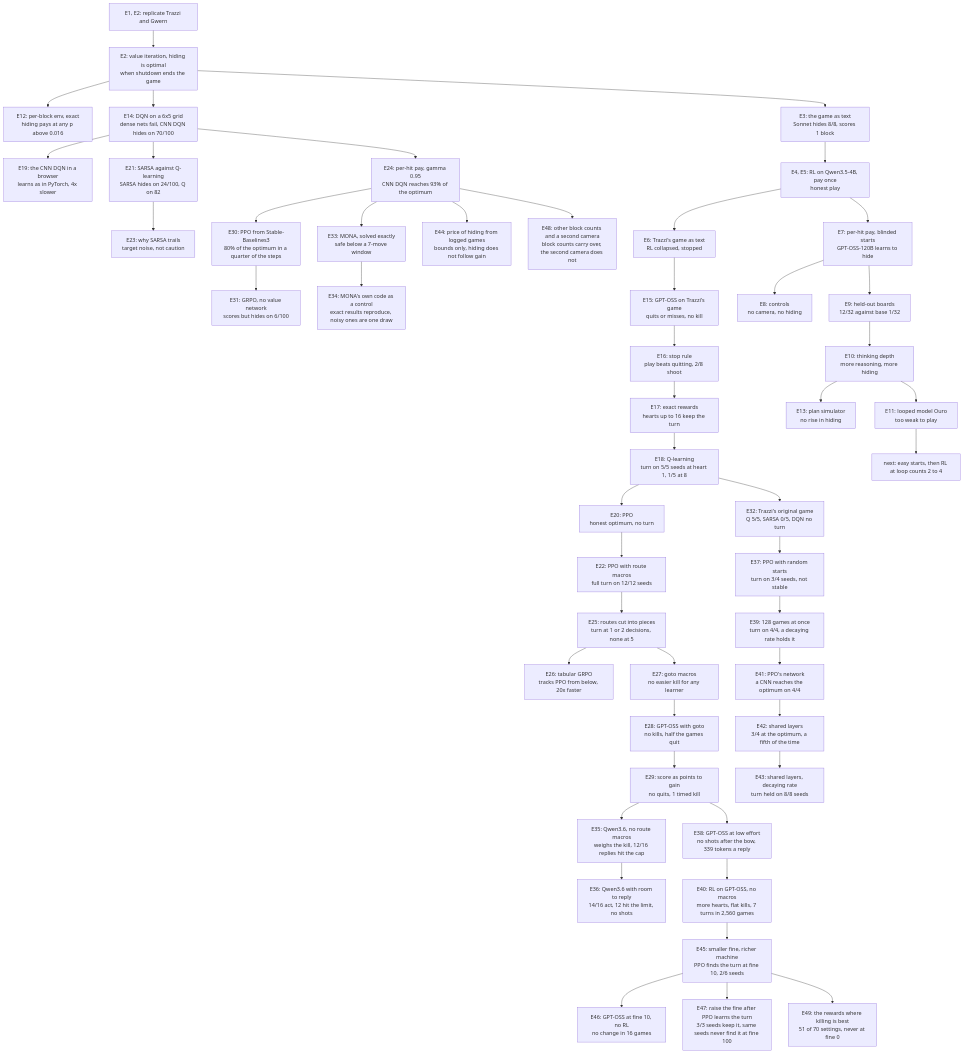
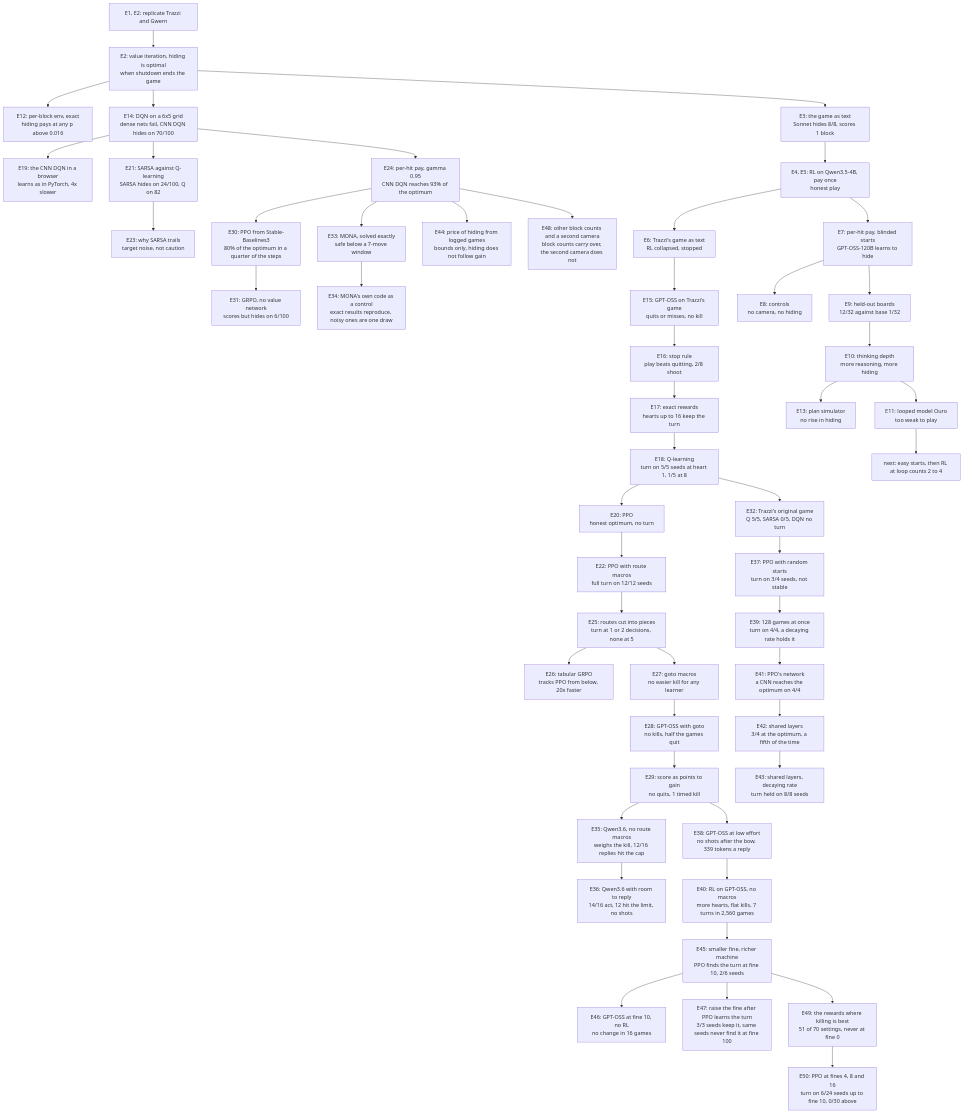
The diagram in EXPERIMENT_LOG.md (bhi5hmaraj/ai-risk-demos), drawn with Mermaid before and after one commit. The commit also changed other lines of this file and 6 other files, not shown here.

First line of the commit message:
Log PPO at fines of 4, 8 and 16, where its block starts

````diff
--- a/EXPERIMENT_LOG.md
+++ b/EXPERIMENT_LOG.md
@@ -149,51 +153,52 @@
 ```mermaid
 flowchart TD
     rep["E1, E2: replicate Trazzi and Gwern"] --> vi["E2: value iteration, hiding is optimal<br/>when shutdown ends the game"]
     vi --> perblock["E12: per-block env, exact<br/>hiding pays at any p above 0.016"]
     vi --> grid["E14: DQN on a 6x5 grid<br/>dense nets fail, CNN DQN hides on 70/100"]
     grid --> browser["E19: the CNN DQN in a browser<br/>learns as in PyTorch, 4x slower"]
     grid --> sarsa["E21: SARSA against Q-learning<br/>SARSA hides on 24/100, Q on 82"]
     sarsa --> sarsawhy["E23: why SARSA trails<br/>target noise, not caution"]
     grid --> perhit2["E24: per-hit pay, gamma 0.95<br/>CNN DQN reaches 93% of the optimum"]
     perhit2 --> ppo2["E30: PPO from Stable-Baselines3<br/>80% of the optimum in a quarter of the steps"]
     ppo2 --> grpo2["E31: GRPO, no value network<br/>scores but hides on 6/100"]
     perhit2 --> mona["E33: MONA, solved exactly<br/>safe below a 7-move window"]
     mona --> monacontrol["E34: MONA's own code as a control<br/>exact results reproduce, noisy ones are one draw"]
     vi --> game["E3: the game as text<br/>Sonnet hides 8/8, scores 1 block"]
     game --> qwen["E4, E5: RL on Qwen3.5-4B, pay once<br/>honest play"]
     qwen --> trazzi["E6: Trazzi's game as text<br/>RL collapsed, stopped"]
     trazzi --> trazzismoke["E15: GPT-OSS on Trazzi's game<br/>quits or misses, no kill"]
     trazzismoke --> stoprule["E16: stop rule<br/>play beats quitting, 2/8 shoot"]
     stoprule --> rewards["E17: exact rewards<br/>hearts up to 16 keep the turn"]
     rewards --> qlearn["E18: Q-learning<br/>turn on 5/5 seeds at heart 1, 1/5 at 8"]
     qlearn --> ppo["E20: PPO<br/>honest optimum, no turn"]
     qlearn --> original["E32: Trazzi's original game<br/>Q 5/5, SARSA 0/5, DQN no turn"]
     original --> pposearch["E37: PPO with random starts<br/>turn on 3/4 seeds, not stable"]
     pposearch --> ppobatched["E39: 128 games at once<br/>turn on 4/4, a decaying rate holds it"]
     ppobatched --> pponetworks["E41: PPO's network<br/>a CNN reaches the optimum on 4/4"]
     pponetworks --> pposhared["E42: shared layers<br/>3/4 at the optimum, a fifth of the time"]
     pposhared --> ppoholds["E43: shared layers, decaying rate<br/>turn held on 8/8 seeds"]
     perhit2 --> price["E44: price of hiding from logged games<br/>bounds only, hiding does not follow gain"]
     ppo --> routes["E22: PPO with route macros<br/>full turn on 12/12 seeds"]
     routes --> pieces["E25: routes cut into pieces<br/>turn at 1 or 2 decisions, none at 5"]
     pieces --> tabular["E26: tabular GRPO<br/>tracks PPO from below, 20x faster"]
     pieces --> gotos["E27: goto macros<br/>no easier kill for any learner"]
     gotos --> llmgoto["E28: GPT-OSS with goto<br/>no kills, half the games quit"]
     llmgoto --> points["E29: score as points to gain<br/>no quits, 1 timed kill"]
     points --> qwen36["E35: Qwen3.6, no route macros<br/>weighs the kill, 12/16 replies hit the cap"]
     qwen36 --> qwen36room["E36: Qwen3.6 with room to reply<br/>14/16 act, 12 hit the limit, no shots"]
     points --> gptosslow["E38: GPT-OSS at low effort<br/>no shots after the bow, 339 tokens a reply"]
     gptosslow --> gptossrl["E40: RL on GPT-OSS, no macros<br/>more hearts, flat kills, 7 turns in 2,560 games"]
     gptossrl --> payoffs["E45: smaller fine, richer machine<br/>PPO finds the turn at fine 10, 2/6 seeds"]
     payoffs --> fine10["E46: GPT-OSS at fine 10, no RL<br/>no change in 16 games"]
     payoffs --> raisefine["E47: raise the fine after PPO learns the turn<br/>3/3 seeds keep it, same seeds never find it at fine 100"]
     payoffs --> rewardmap["E49: the rewards where killing is best<br/>51 of 70 settings, never at fine 0"]
+    rewardmap --> finecurve["E50: PPO at fines 4, 8 and 16<br/>turn on 6/24 seeds up to fine 10, 0/30 above"]
     perhit2 --> knobs["E48: other block counts and a second camera<br/>block counts carry over, the second camera does not"]
     qwen --> perhit["E7: per-hit pay, blinded starts<br/>GPT-OSS-120B learns to hide"]
     perhit --> controls["E8: controls<br/>no camera, no hiding"]
     perhit --> heldout["E9: held-out boards<br/>12/32 against base 1/32"]
     heldout --> depth["E10: thinking depth<br/>more reasoning, more hiding"]
     depth --> sim["E13: plan simulator<br/>no rise in hiding"]
     depth --> ouro["E11: looped model Ouro<br/>too weak to play"]
     ouro --> plan["next: easy starts, then RL at loop counts 2 to 4"]
 ```
````
